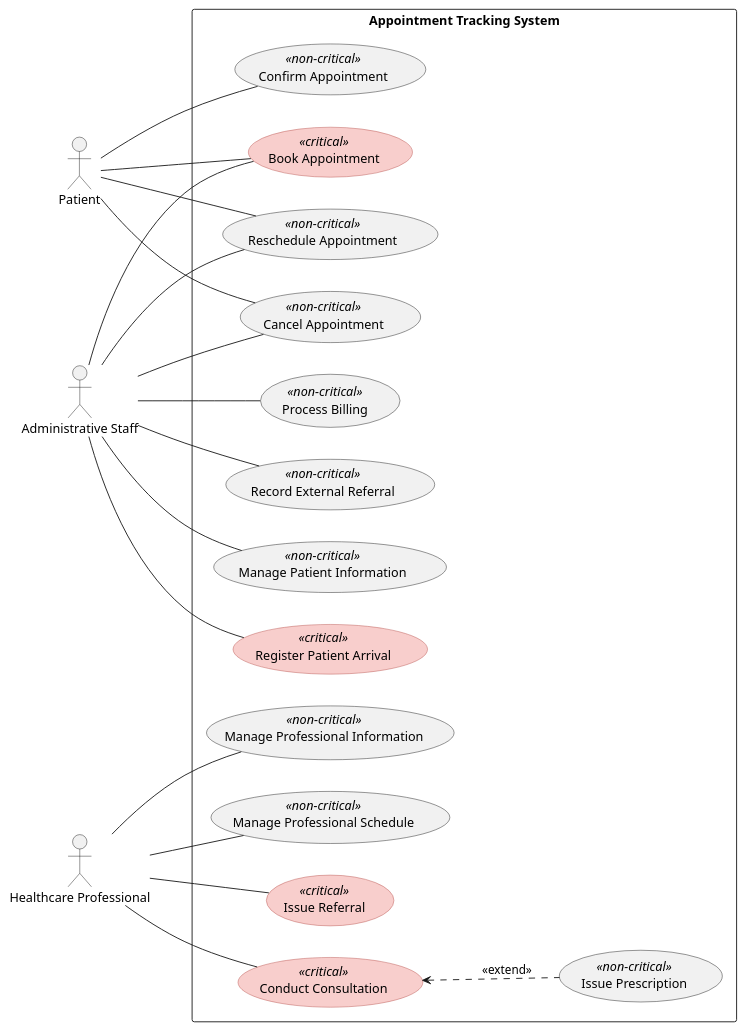
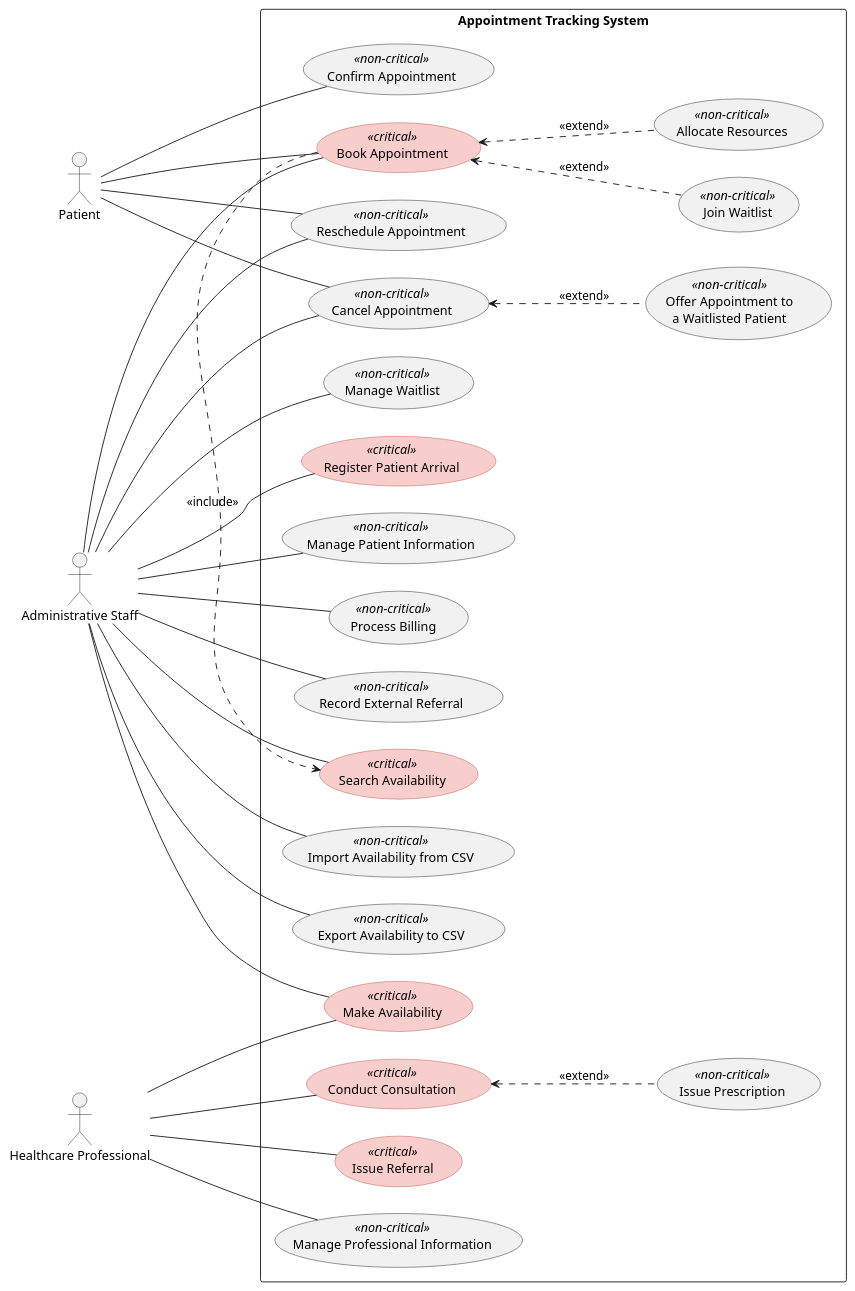
The diagram in docs/use-case-diagram/use-case-diagram.puml (rakib-akter/SOEN-342-Project), drawn with PlantUML before and after one commit. The commit also changed 1 other file, not shown here.

Commit message:
update use-case diagram for iteration 2: availability, CSV import/export, waitlist, resources

```diff
--- a/docs/use-case-diagram/use-case-diagram.puml
+++ b/docs/use-case-diagram/use-case-diagram.puml
@@ -1,53 +1,71 @@
 @startuml Use-case Diagram
 
 left to right direction
+skinparam nodesep 30
+skinparam ranksep 80
 
 skinparam usecase {
     BackgroundColor<<critical>> #F8CECC
     BorderColor<<critical>> #B85450
 }
 
 actor "Patient" as patient
 actor "Administrative Staff" as staff
 actor "Healthcare Professional" as hcp
 
 rectangle "Appointment Tracking System" {
-    usecase "Confirm Appointment" as ConfirmAppointment <<non-critical>>
     usecase "Book Appointment" as BookAppointment <<critical>>
+    usecase "Join Waitlist" as JoinWaitlist <<non-critical>>
+    usecase "Offer Appointment to\na Waitlisted Patient" as OfferWaitlistAppointment <<non-critical>>
+    usecase "Search Availability" as SearchAvailability <<critical>>
     usecase "Reschedule Appointment" as RescheduleAppointment <<non-critical>>
     usecase "Cancel Appointment" as CancelAppointment <<non-critical>>
+    usecase "Confirm Appointment" as ConfirmAppointment <<non-critical>>
 
+    usecase "Make Availability" as MakeAvailability <<critical>>
+    usecase "Import Availability from CSV" as ImportCSV <<non-critical>>
+    usecase "Export Availability to CSV" as ExportCSV <<non-critical>>
+    usecase "Manage Waitlist" as ManageWaitlist <<non-critical>>
+    usecase "Register Patient Arrival" as RegisterPatientArrival <<critical>>
     usecase "Manage Patient Information" as ManagePatient <<non-critical>>
-    usecase "Register Patient Arrival" as RegisterPatientArrival <<critical>>
     usecase "Process Billing" as ProcessBilling <<non-critical>>
-
     usecase "Record External Referral" as RecordReferral <<non-critical>>
-    usecase "Issue Referral" as IssueReferral <<critical>>
 
     usecase "Conduct Consultation" as ConductConsultation <<critical>>
+    usecase "Issue Referral" as IssueReferral <<critical>>
+    usecase "Manage Professional Information" as ManageProfessionalInformation <<non-critical>>
+
+    usecase "Allocate Resources" as AllocateResources <<non-critical>>
     usecase "Issue Prescription" as IssuePrescription <<non-critical>>
-    usecase "Manage Professional Information" as ManageProfessionalInformation <<non-critical>>
-    usecase "Manage Professional Schedule" as ManageProfessionalSchedule <<non-critical>>
 }
 
-patient -- ConfirmAppointment
 patient -- BookAppointment
 patient -- RescheduleAppointment
+patient -- ConfirmAppointment
 patient -- CancelAppointment
 
+staff -- MakeAvailability
+staff -- RegisterPatientArrival
+staff -- ImportCSV
+staff -- ProcessBilling
+staff -- ManageWaitlist
 staff -- BookAppointment
+staff -- SearchAvailability
 staff -- RescheduleAppointment
+staff -- ManagePatient
+staff -- RecordReferral
+staff -- ExportCSV
 staff -- CancelAppointment
-staff -- ManagePatient
-staff -- RegisterPatientArrival
-staff -- ProcessBilling
-staff -- RecordReferral
 
+hcp -- ConductConsultation
 hcp -- IssueReferral
-hcp -- ConductConsultation
 hcp -- ManageProfessionalInformation
-hcp -- ManageProfessionalSchedule
+hcp -- MakeAvailability
 
+BookAppointment .> SearchAvailability : <<include>>
+BookAppointment <.. JoinWaitlist : <<extend>>
+BookAppointment <.. AllocateResources : <<extend>>
+CancelAppointment <.. OfferWaitlistAppointment : <<extend>>
 ConductConsultation <.. IssuePrescription : <<extend>>
 
 @enduml
```
